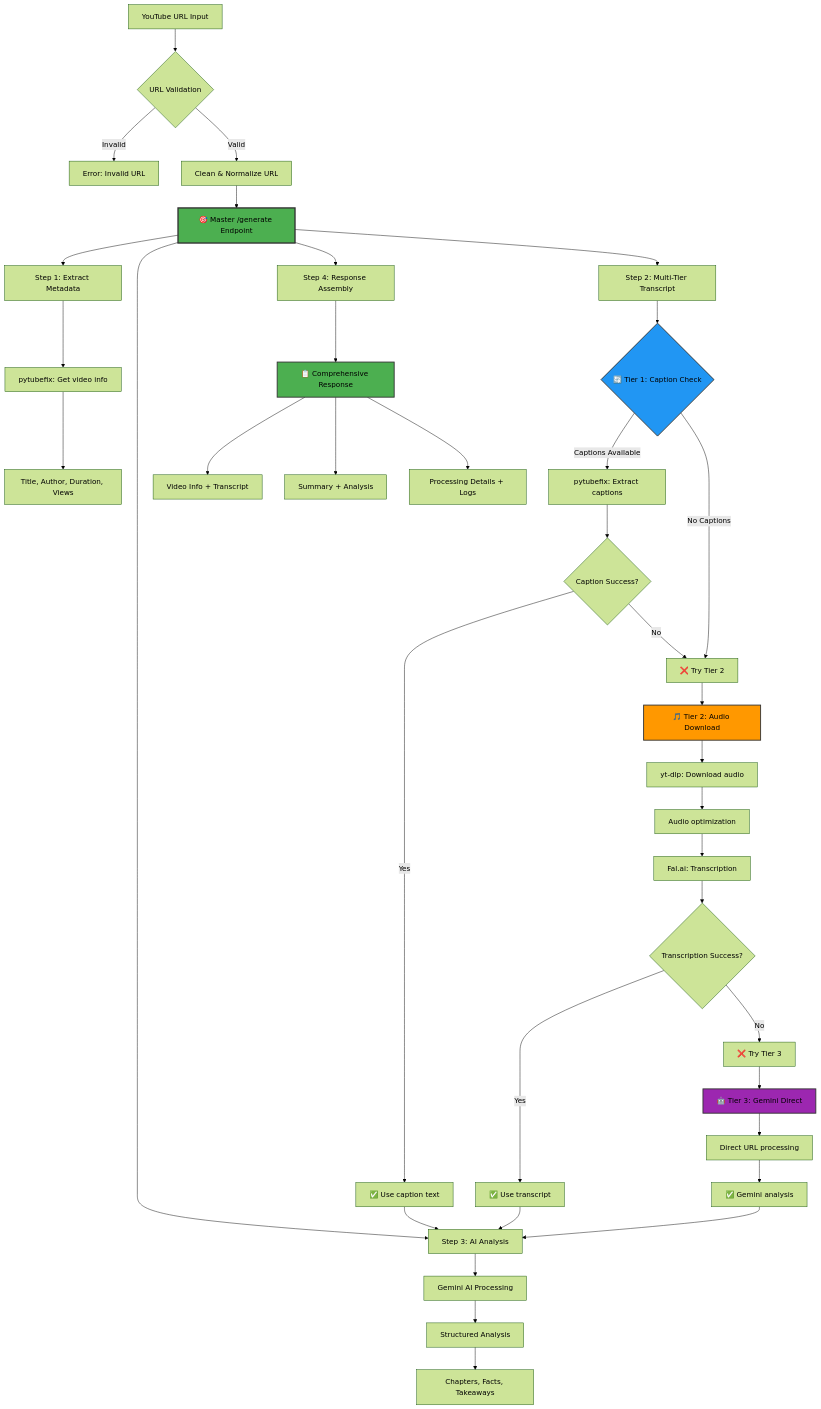
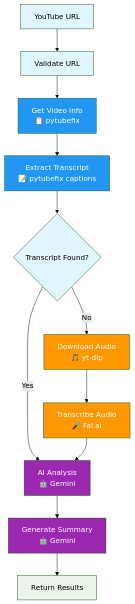
One commit to teron131/youtube-summarizer changed the diagram in README.md. Above: the diagram before and after it, drawn with Mermaid (forest theme). The commit also changed other lines of this file, not shown here.

````diff
--- a/README.md
+++ b/README.md
@@ -17,53 +17,24 @@
 ```mermaid
 graph TD
-    A[YouTube URL Input] --> B{URL Validation}
-    B -->|Invalid| C[Error: Invalid URL]
-    B -->|Valid| D[Clean & Normalize URL]
+    A[YouTube URL] --> B[Validate URL]
+    B --> C[Get Video Info<br/>📋 pytubefix]
+    C --> D[Extract Transcript<br/>📝 pytubefix captions]
+    D --> E{Transcript Found?}
+    E -->|Yes| F[AI Analysis<br/>🤖 Gemini]
+    E -->|No| G[Download Audio<br/>🎵 yt-dlp]
+    G --> H[Transcribe Audio<br/>🎤 Fal.ai]
+    H --> F
+    F --> I[Generate Summary<br/>🤖 Gemini]
+    I --> J[Return Results]
     
-    D --> E[🎯 Master /generate Endpoint]
-    E --> F[Step 1: Extract Metadata]
-    E --> G[Step 2: Multi-Tier Transcript]
-    E --> H[Step 3: AI Analysis]
-    E --> I[Step 4: Response Assembly]
-    
-    F --> F1[pytubefix: Get video info]
-    F1 --> F2[Title, Author, Duration, Views]
-    
-    G --> G1{🔄 Tier 1: Caption Check}
-    G1 -->|Captions Available| G2[pytubefix: Extract captions]
-    G2 --> G3{Caption Success?}
-    G3 -->|Yes| G4[✅ Use caption text]
-    G3 -->|No| G5[❌ Try Tier 2]
-    
-    G1 -->|No Captions| G5
-    G5 --> G6[🎵 Tier 2: Audio Download]
-    G6 --> G7[yt-dlp: Download audio]
-    G7 --> G8[Audio optimization]
-    G8 --> G9[Fal.ai: Transcription]
-    G9 --> G10{Transcription Success?}
-    G10 -->|Yes| G11[✅ Use transcript]
-    G10 -->|No| G12[❌ Try Tier 3]
-    
-    G12 --> G13[🤖 Tier 3: Gemini Direct]
-    G13 --> G14[Direct URL processing]
-    G14 --> G15[✅ Gemini analysis]
-    
-    G4 --> H
-    G11 --> H
-    G15 --> H
-    
-    H --> H1[Gemini AI Processing]
-    H1 --> H2[Structured Analysis]
-    H2 --> H3[Chapters, Facts, Takeaways]
-    
-    I --> J[📋 Comprehensive Response]
-    J --> J1[Video Info + Transcript]
-    J --> J2[Summary + Analysis]
-    J --> J3[Processing Details + Logs]
-    
-    style E fill:#4CAF50,stroke:#333,stroke-width:3px
-    style G1 fill:#2196F3,stroke:#333,stroke-width:2px
-    style G6 fill:#FF9800,stroke:#333,stroke-width:2px
-    style G13 fill:#9C27B0,stroke:#333,stroke-width:2px
-    style J fill:#4CAF50,stroke:#333,stroke-width:2px
+    style A fill:#e1f5fe
+    style B fill:#e1f5fe
+    style C fill:#2196F3,color:#fff
+    style D fill:#2196F3,color:#fff
+    style E fill:#e1f5fe
+    style G fill:#FF9800,color:#fff
+    style H fill:#FF9800,color:#fff
+    style F fill:#9C27B0,color:#fff
+    style I fill:#9C27B0,color:#fff
+    style J fill:#e8f5e8
 ```
````
